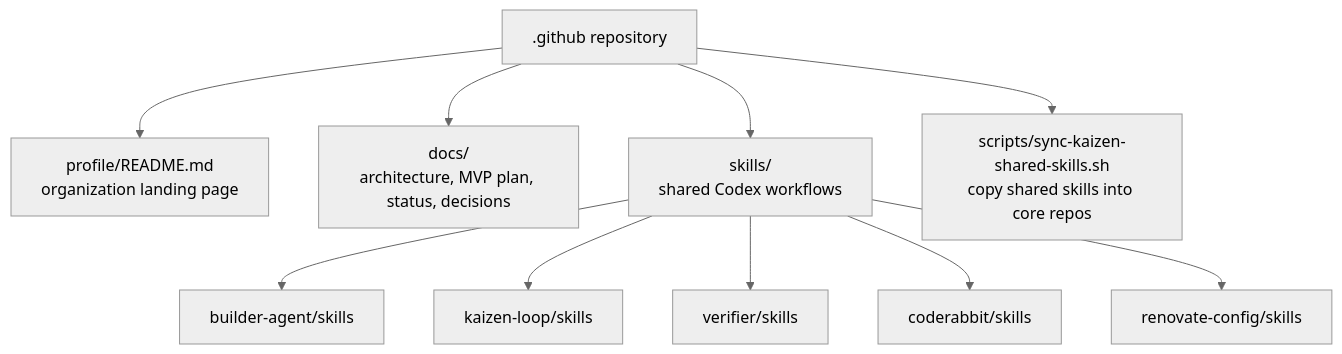
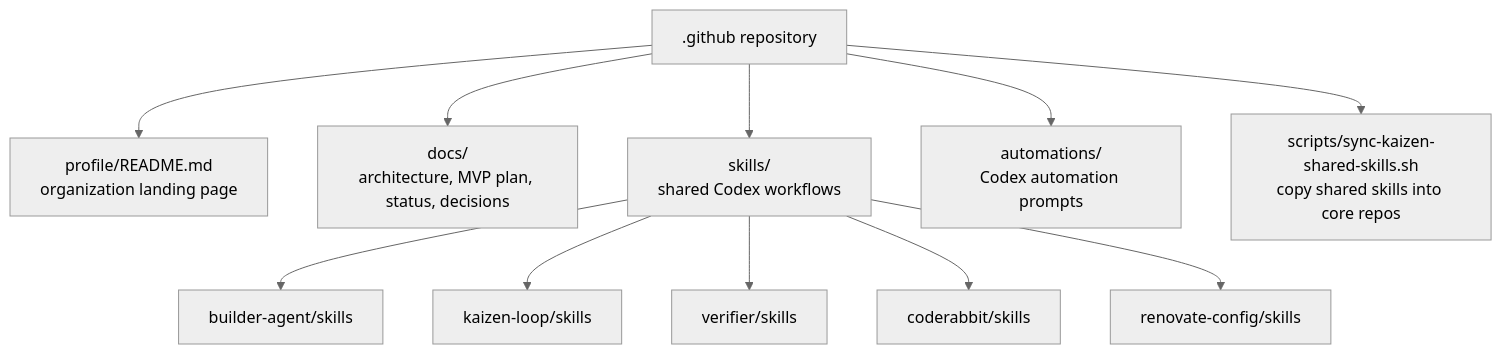
Before and after one commit to kaizen-agents-org/.github: the second of 2 diagrams in README.md, drawn with Mermaid (neutral theme). The commit also changed other lines of this file and 4 other files, not shown here.

````diff
--- a/README.md
+++ b/README.md
@@ -29,14 +29,15 @@
 ```mermaid
 flowchart TB
     Repo[".github repository"]
     Repo --> Profile["profile/README.md<br/>organization landing page"]
     Repo --> Docs["docs/<br/>architecture, MVP plan, status, decisions"]
     Repo --> Skills["skills/<br/>shared Codex workflows"]
+    Repo --> Automations["automations/<br/>Codex automation prompts"]
     Repo --> Sync["scripts/sync-kaizen-shared-skills.sh<br/>copy shared skills into core repos"]
 
     Skills --> BA["builder-agent/skills"]
     Skills --> KL["kaizen-loop/skills"]
     Skills --> VF["verifier/skills"]
     Skills --> CR["coderabbit/skills"]
     Skills --> RC["renovate-config/skills"]
 ```
````
